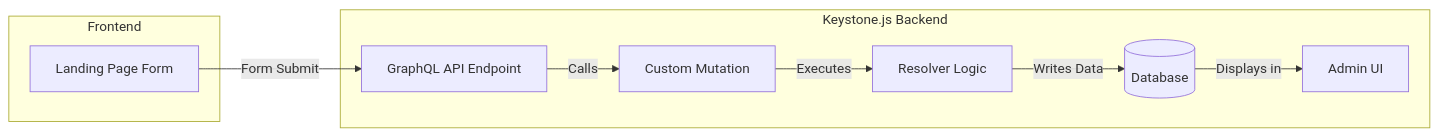
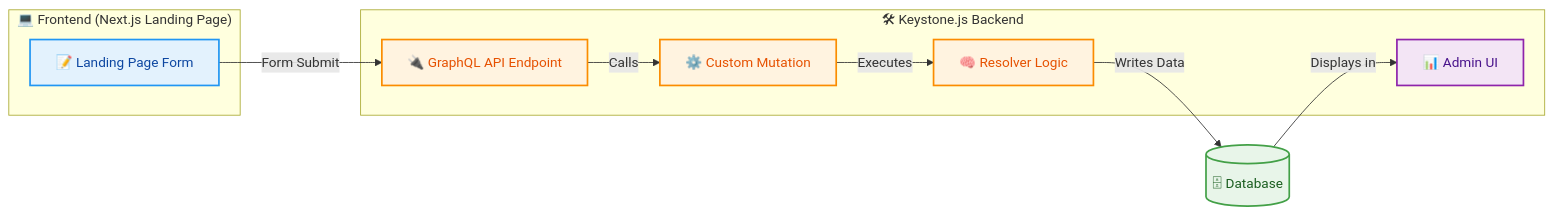
One commit to TheGreenJosip/ichundmeinewelt-backbone changed the diagram in README.md. Above: the diagram before and after it, drawn with Mermaid.

Commit message:
fix(docs): enhance architecture diagram with improved styling and labels for clarity

````diff
--- a/README.md
+++ b/README.md
@@ -25,20 +25,35 @@
 ```mermaid
 flowchart LR
-    subgraph Frontend
-        A[Landing Page Form]
+    %% Styling
+    classDef frontend fill:#E3F2FD,stroke:#2196F3,stroke-width:2px,color:#0D47A1;
+    classDef backend fill:#FFF3E0,stroke:#FB8C00,stroke-width:2px,color:#E65100;
+    classDef db fill:#E8F5E9,stroke:#43A047,stroke-width:2px,color:#1B5E20;
+    classDef ui fill:#F3E5F5,stroke:#8E24AA,stroke-width:2px,color:#4A148C;
+
+    %% Nodes
+    subgraph Frontend["💻 Frontend (Next.js Landing Page)"]
+        A[📝 Landing Page Form]
     end
 
-    subgraph Backend[Keystone.js Backend]
-        B[GraphQL API Endpoint]
-        C[Custom Mutation]
-        D[Resolver Logic]
-        E[(Database)]
-        F[Admin UI]
+    subgraph Backend["🛠 Keystone.js Backend"]
+        B[🔌 GraphQL API Endpoint]
+        C[⚙️ Custom Mutation]
+        D[🧠 Resolver Logic]
+        F[📊 Admin UI]
     end
 
+    E[(🗄 Database)]
+
+    %% Connections
     A -->|Form Submit| B
     B -->|Calls| C
     C -->|Executes| D
     D -->|Writes Data| E
     E -->|Displays in| F
+
+    %% Class assignments
+    class A frontend;
+    class B,C,D backend;
+    class E db;
+    class F ui;
 ```
````
